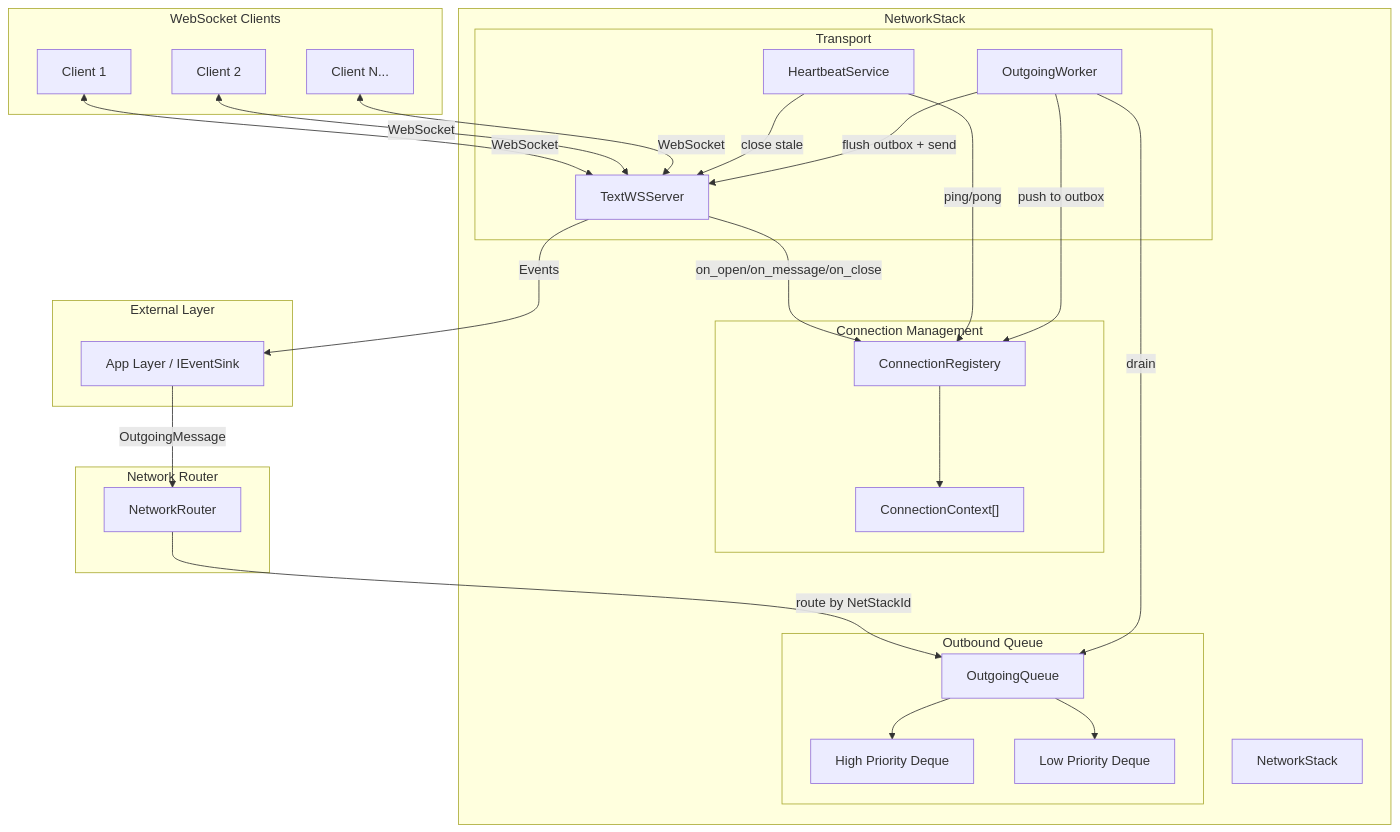
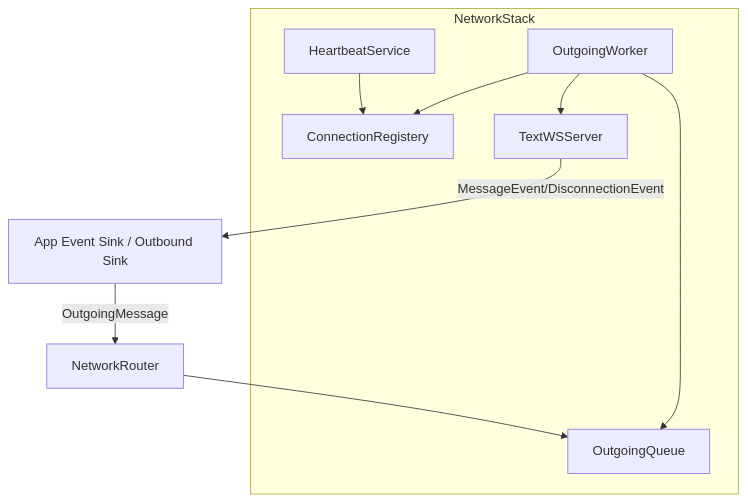
The diagram in architecture/net_architecture.md (bilalkah/kergit-server), drawn with Mermaid before and after one commit. The commit also changed other lines of this file and 4 other files, not shown here.

````diff
--- a/architecture/net_architecture.md
+++ b/architecture/net_architecture.md
@@ -375,60 +7,23 @@
 ```mermaid
 flowchart TB
-    subgraph External["External Layer"]
-        APP[App Layer / IEventSink]
+    NR[NetworkRouter]
+
+    subgraph NS[NetworkStack]
+        CR[ConnectionRegistery]
+        OQ[OutgoingQueue]
+        WS[TextWSServer]
+        HB[HeartbeatService]
+        OW[OutgoingWorker]
     end
 
-    subgraph Router["Network Router"]
-        NR[NetworkRouter]
-    end
+    APP[App Event Sink / Outbound Sink]
 
-    subgraph Stack1["NetworkStack"]
-        NS1[NetworkStack]
-        
-        subgraph Transport1["Transport"]
-            TWS1[TextWSServer]
-            HS1[HeartbeatService]
-            OW1[OutgoingWorker]
-        end
-        
-        subgraph Connection1["Connection Management"]
-            CR1[ConnectionRegistery]
-            CC1["ConnectionContext[]"]
-        end
-        
-        subgraph Outbound1["Outbound Queue"]
-            OQ1[OutgoingQueue]
-            HIGH1[High Priority Deque]
-            LOW1[Low Priority Deque]
-        end
-    end
+    APP -->|OutgoingMessage| NR
+    NR --> OQ
 
-    subgraph Clients["WebSocket Clients"]
-        C1[Client 1]
-        C2[Client 2]
-        C3[Client N...]
-    end
-
-    %% Connections
-    C1 <-->|WebSocket| TWS1
-    C2 <-->|WebSocket| TWS1
-    C3 <-->|WebSocket| TWS1
-
-    TWS1 -->|on_open/on_message/on_close| CR1
-    TWS1 -->|Events| APP
-    
-    CR1 --> CC1
-    
-    HS1 -->|ping/pong| CR1
-    HS1 -->|close stale| TWS1
-    
-    APP -->|OutgoingMessage| NR
-    NR -->|route by NetStackId| OQ1
-    
-    OQ1 --> HIGH1
-    OQ1 --> LOW1
-    
-    OW1 -->|drain| OQ1
-    OW1 -->|push to outbox| CR1
-    OW1 -->|flush outbox + send| TWS1
+    WS -->|MessageEvent/DisconnectionEvent| APP
+    HB --> CR
+    OW --> OQ
+    OW --> CR
+    OW --> WS
 ```
````
